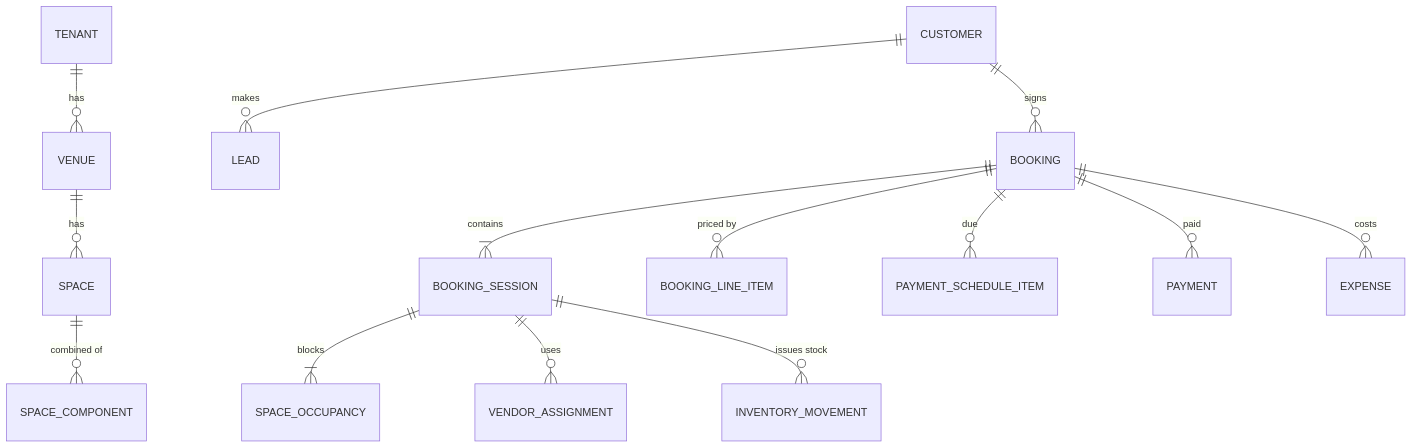
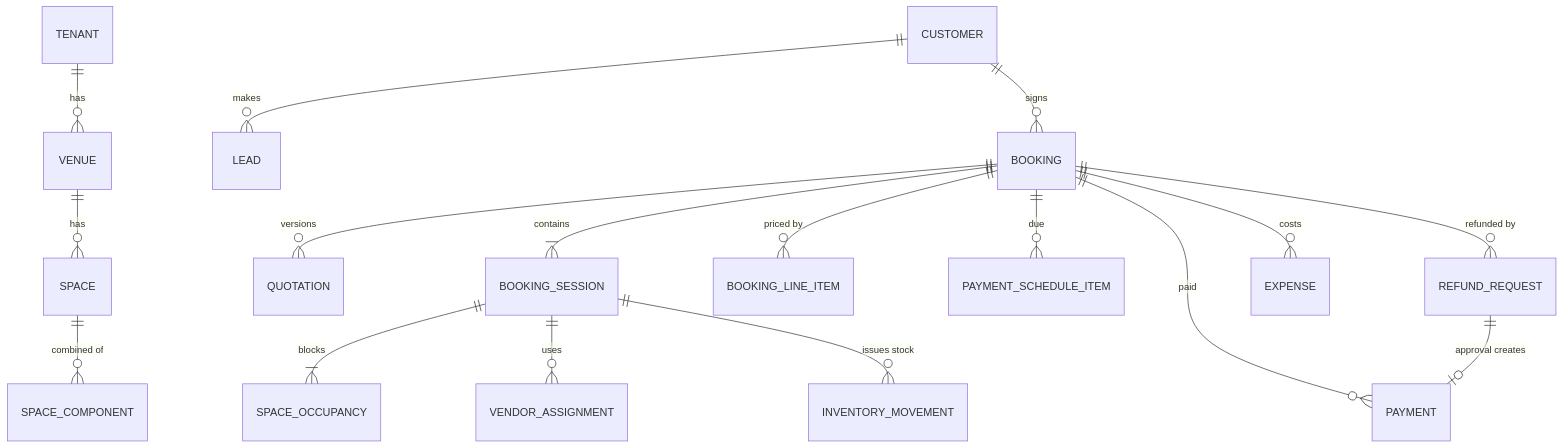
Before and after one commit to MuhammadMaaz2001/venueOS: the diagram in docs/03-data-model.md, drawn with Mermaid. The commit also changed other lines of this file and 27 other files, not shown here.

First line of the commit message:
feat(db): P0-0 schema, RLS and docs fixes after design review

````diff
--- a/docs/03-data-model.md
+++ b/docs/03-data-model.md
@@ -23,16 +23,19 @@
 ```mermaid
 erDiagram
   TENANT ||--o{ VENUE : has
   VENUE ||--o{ SPACE : has
   SPACE ||--o{ SPACE_COMPONENT : "combined of"
   CUSTOMER ||--o{ LEAD : makes
   CUSTOMER ||--o{ BOOKING : signs
+  BOOKING ||--o{ QUOTATION : "versions"
   BOOKING ||--|{ BOOKING_SESSION : contains
   BOOKING_SESSION ||--|{ SPACE_OCCUPANCY : blocks
   BOOKING ||--o{ BOOKING_LINE_ITEM : "priced by"
   BOOKING ||--o{ PAYMENT_SCHEDULE_ITEM : "due"
   BOOKING ||--o{ PAYMENT : "paid"
+  BOOKING ||--o{ REFUND_REQUEST : "refunded by"
+  REFUND_REQUEST ||--o| PAYMENT : "approval creates"
   BOOKING_SESSION ||--o{ VENDOR_ASSIGNMENT : uses
   BOOKING_SESSION ||--o{ INVENTORY_MOVEMENT : "issues stock"
   BOOKING ||--o{ EXPENSE : costs
 ```
````
